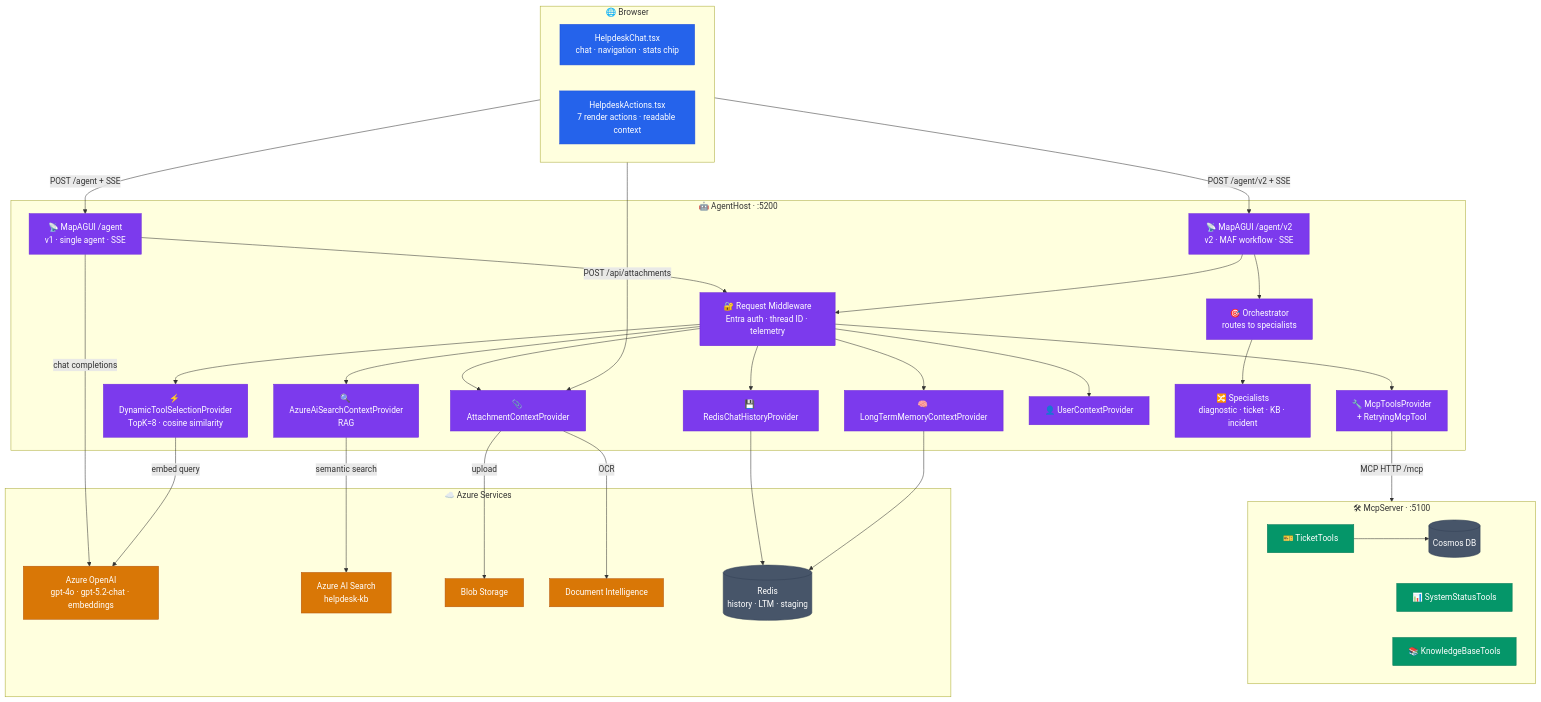
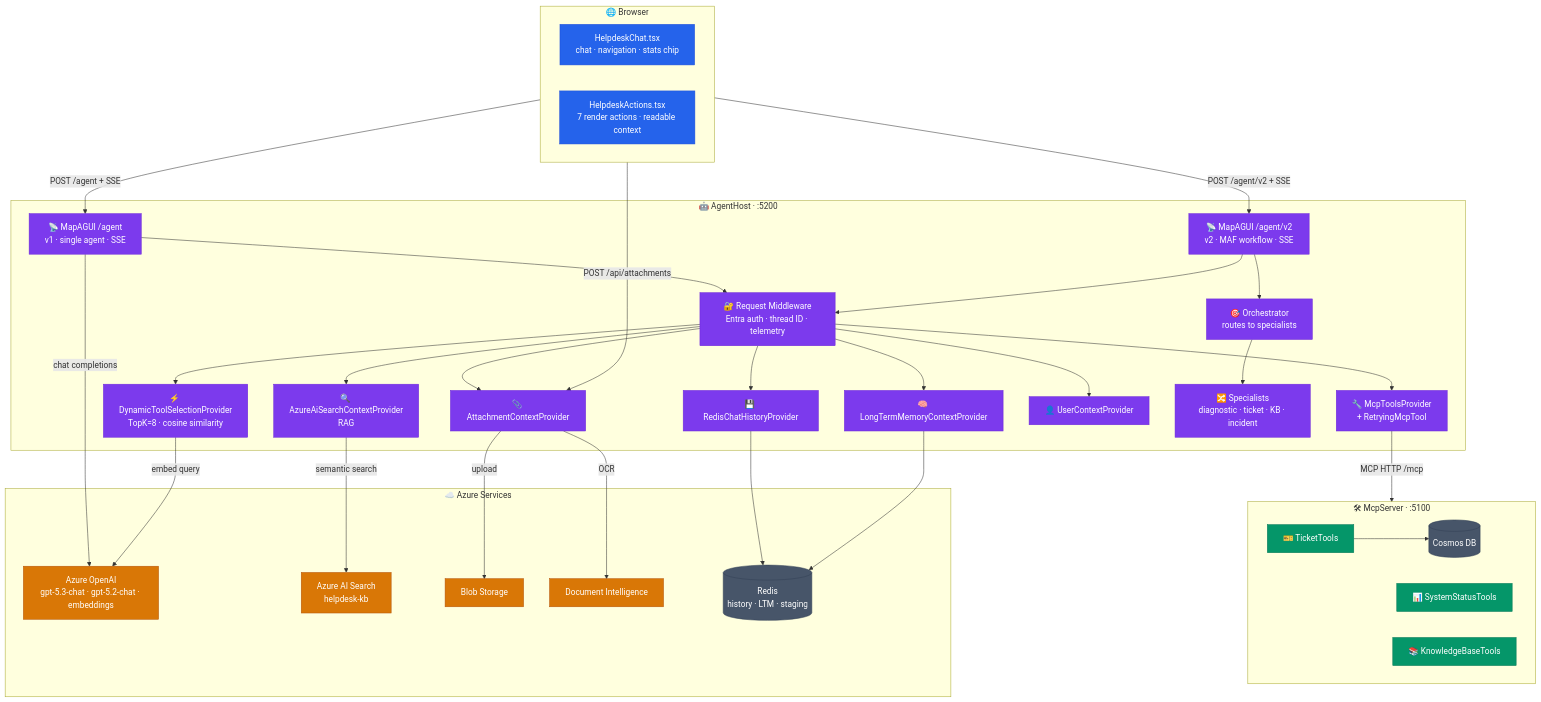
One commit to sreyanchoudhury/HelpdeskAI.CSharp changed the first of 2 diagrams in README.md. Above: the diagram before and after it, drawn with Mermaid. The commit also changed other lines of this file and 29 other files, not shown here.

````diff
--- a/README.md
+++ b/README.md
@@ -125,74 +125,74 @@
 ```mermaid
 flowchart TD
     classDef fe   fill:#2563eb,stroke:#1d4ed8,color:#fff
     classDef ah   fill:#7c3aed,stroke:#6d28d9,color:#fff
     classDef mcp  fill:#059669,stroke:#047857,color:#fff
     classDef svc  fill:#d97706,stroke:#b45309,color:#fff
     classDef db   fill:#475569,stroke:#334155,color:#fff
 
     subgraph Browser["🌐  Browser"]
         FE1["HelpdeskChat.tsx<br/>chat · navigation · stats chip"]
         FE2["HelpdeskActions.tsx<br/>7 render actions · readable context"]
     end
 
     subgraph AgentHost["🤖  AgentHost  ·  :5200"]
         AH1["📡 MapAGUI /agent<br/>v1 · single agent · SSE"]
         AH1V2["📡 MapAGUI /agent/v2<br/>v2 · MAF workflow · SSE"]
         AH2["🔐 Request Middleware<br/>Entra auth · thread ID · telemetry"]
         AH3["📎 AttachmentContextProvider"]
         AH4["🔍 AzureAiSearchContextProvider<br/>RAG"]
         AH5["🔧 McpToolsProvider<br/>+ RetryingMcpTool"]
         AH6["💾 RedisChatHistoryProvider"]
         AH7["⚡ DynamicToolSelectionProvider<br/>TopK=8 · cosine similarity"]
         AH8["🧠 LongTermMemoryContextProvider"]
         AH9["👤 UserContextProvider"]
         ORCH["🎯 Orchestrator<br/>routes to specialists"]
         SPEC["🔀 Specialists<br/>diagnostic · ticket · KB · incident"]
     end
 
     subgraph McpServer["🛠  McpServer  ·  :5100"]
         MS1["🎫 TicketTools"]
         MS2["📊 SystemStatusTools"]
         MS3["📚 KnowledgeBaseTools"]
         COSMOS[("Cosmos DB")]
     end
 
     subgraph Azure["☁️  Azure Services"]
-        AOA["Azure OpenAI<br/>gpt-4o · gpt-5.2-chat · embeddings"]
+        AOA["Azure OpenAI<br/>gpt-5.3-chat · gpt-5.2-chat · embeddings"]
         AIS["Azure AI Search<br/>helpdesk-kb"]
         ABS["Blob Storage"]
         ADI["Document Intelligence"]
         REDIS[("Redis<br/>history · LTM · staging")]
     end
 
     Browser -->|POST /agent + SSE| AH1
     Browser -->|POST /agent/v2 + SSE| AH1V2
     Browser -->|POST /api/attachments| AH3
 
     AH1 --> AH2
     AH1V2 --> AH2
     AH1V2 --> ORCH --> SPEC
     AH2 --> AH3
     AH2 --> AH4
     AH2 --> AH5
     AH2 --> AH6
     AH2 --> AH7
     AH2 --> AH8
     AH2 --> AH9
 
     AH5 -->|MCP HTTP /mcp| McpServer
     MS1 --> COSMOS
     AH1 -->|chat completions| AOA
     AH7 -->|embed query| AOA
     AH4 -->|semantic search| AIS
     AH3 -->|upload| ABS
     AH3 -->|OCR| ADI
     AH6 --> REDIS
     AH8 --> REDIS
 
     class FE1,FE2 fe
     class AH1,AH1V2,AH2,AH3,AH4,AH5,AH6,AH7,AH8,AH9,ORCH,SPEC ah
     class MS1,MS2,MS3 mcp
     class COSMOS,REDIS db
     class AOA,AIS,ABS,ADI svc
 ```
````
